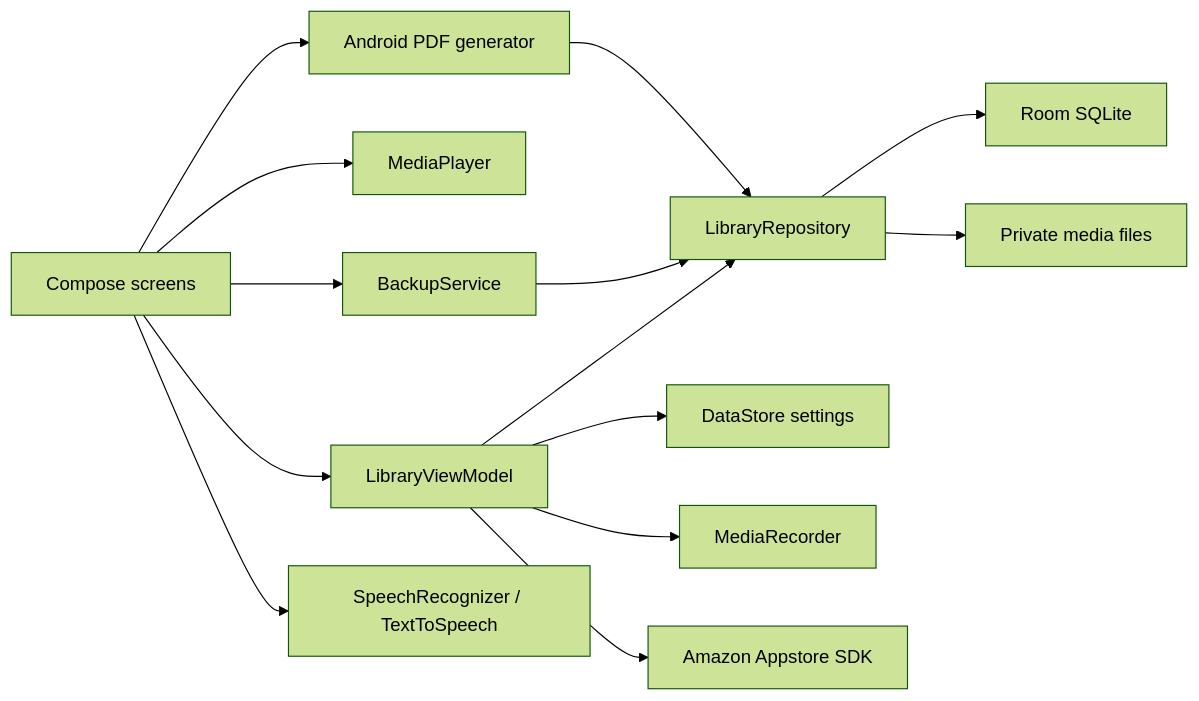
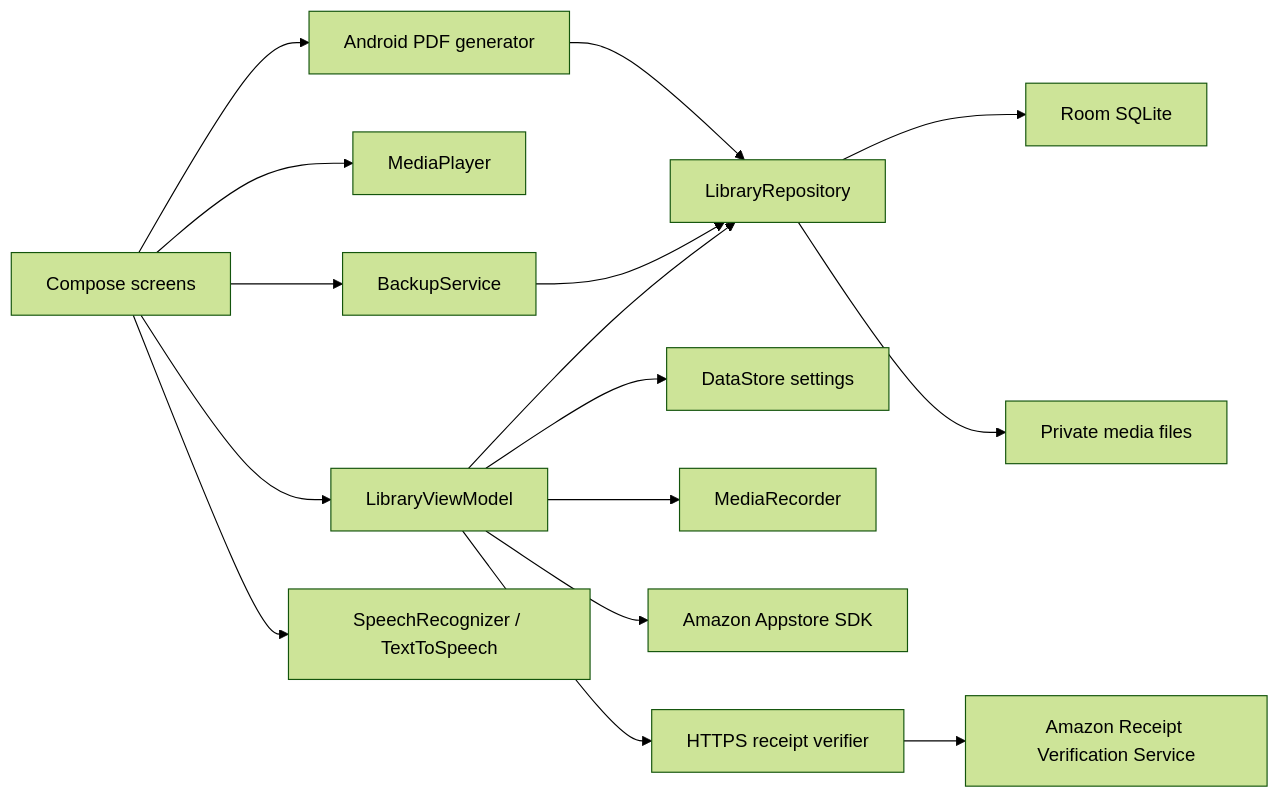
Before and after one commit to lanray07/LifeTalea: the diagram in docs/ARCHITECTURE.md, drawn with Mermaid (forest theme). The commit also changed other lines of this file and 31 other files, not shown here.

````diff
--- a/docs/ARCHITECTURE.md
+++ b/docs/ARCHITECTURE.md
@@ -5,16 +5,18 @@
 ```mermaid
 flowchart LR
   UI[Compose screens] --> VM[LibraryViewModel]
   VM --> Repo[LibraryRepository]
   Repo --> Room[Room SQLite]
   Repo --> Media[Private media files]
   VM --> Preferences[DataStore settings]
   VM --> Recorder[MediaRecorder]
   UI --> Playback[MediaPlayer]
   UI --> Backup[BackupService]
   Backup --> Repo
   UI --> PDF[Android PDF generator]
   PDF --> Repo
   UI --> Voice[SpeechRecognizer / TextToSpeech]
   VM --> Amazon[Amazon Appstore SDK]
+  VM --> Verifier[HTTPS receipt verifier]
+  Verifier --> RVS[Amazon Receipt Verification Service]
 ```
````
